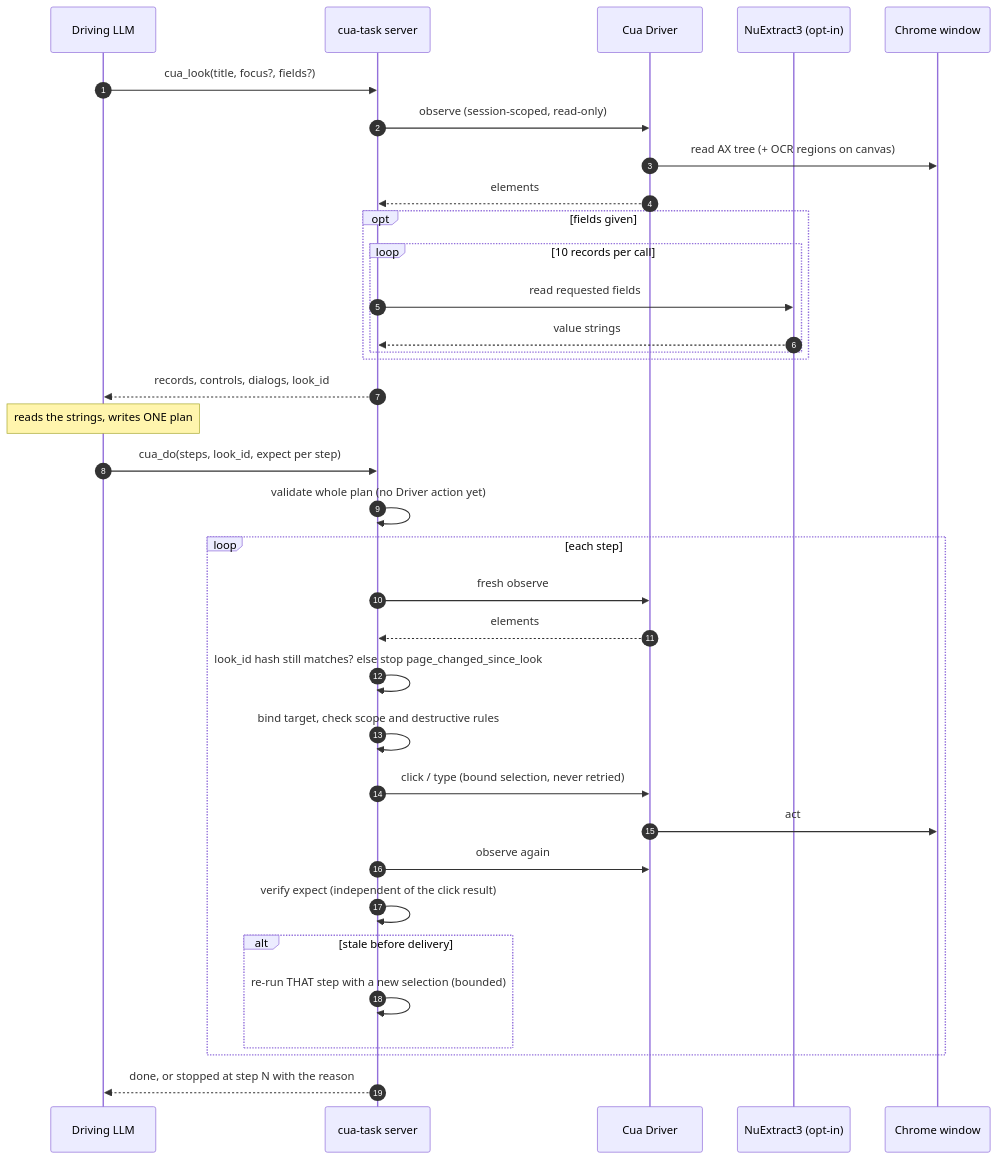
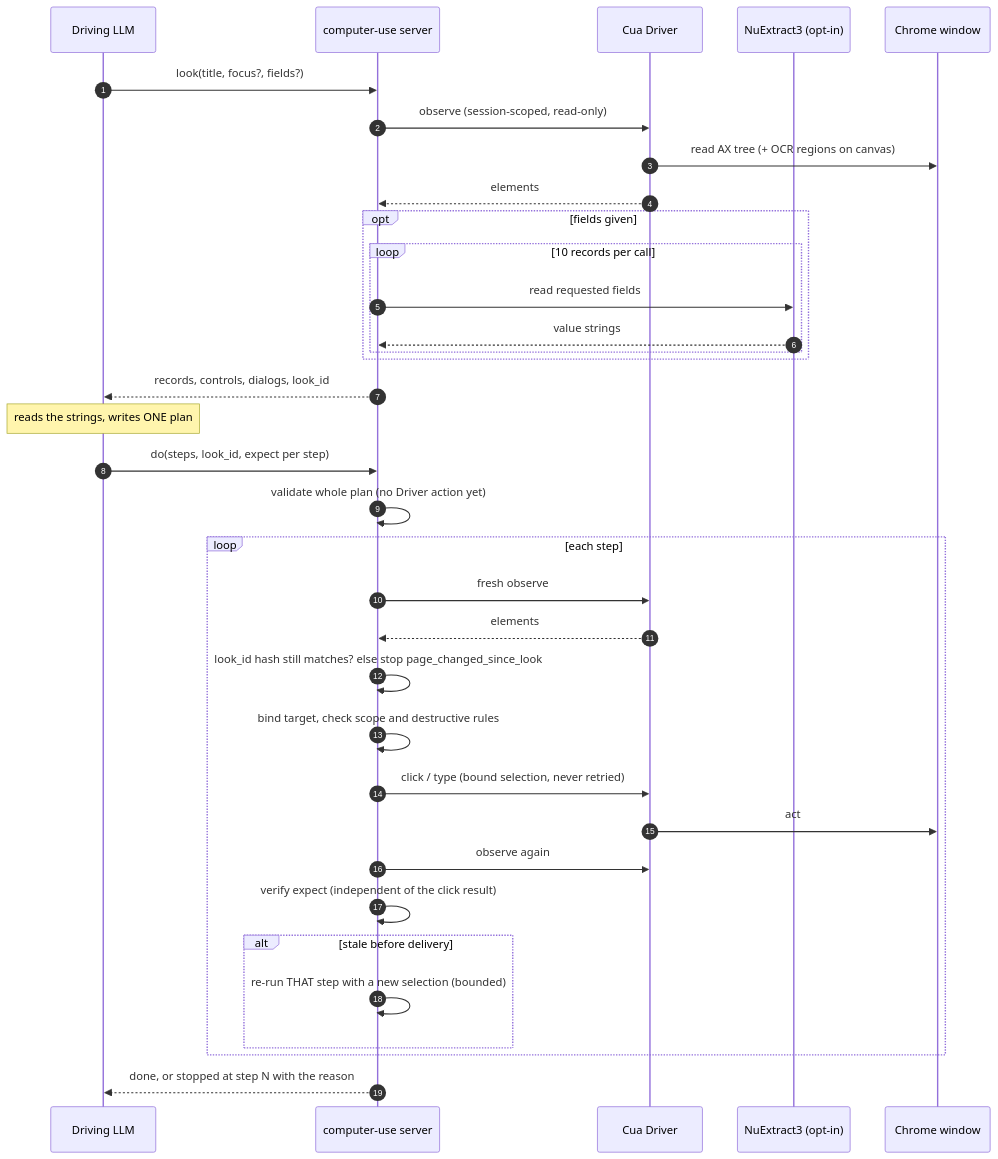
Before and after one commit to open-horizon-labs/computer-use: the diagram in docs/PLAN-B.md, drawn with Mermaid. The commit also changed other lines of this file and 89 other files, not shown here.

Commit message:
feat!: drop the cua_ prefix: tools look/do/..., MCP server computer-use; facade/ -> computer_use/, skill dir -> skills/computer-use (#53)

````diff
--- a/docs/PLAN-B.md
+++ b/docs/PLAN-B.md
@@ -15,40 +15,40 @@
 ```mermaid
 sequenceDiagram
     autonumber
     participant L as Driving LLM
-    participant S as cua-task server
+    participant S as computer-use server
     participant D as Cua Driver
     participant N as NuExtract3 (opt-in)
     participant P as Chrome window
 
-    L->>S: cua_look(title, focus?, fields?)
+    L->>S: look(title, focus?, fields?)
     S->>D: observe (session-scoped, read-only)
     D->>P: read AX tree (+ OCR regions on canvas)
     D-->>S: elements
     opt fields given
         loop 10 records per call
             S->>N: read requested fields
             N-->>S: value strings
         end
     end
     S-->>L: records, controls, dialogs, look_id
 
     Note over L: reads the strings, writes ONE plan
-    L->>S: cua_do(steps, look_id, expect per step)
+    L->>S: do(steps, look_id, expect per step)
     S->>S: validate whole plan (no Driver action yet)
 
     loop each step
         S->>D: fresh observe
         D-->>S: elements
         S->>S: look_id hash still matches? else stop page_changed_since_look
         S->>S: bind target, check scope and destructive rules
         S->>D: click / type (bound selection, never retried)
         D->>P: act
         S->>D: observe again
         S->>S: verify expect (independent of the click result)
         alt stale before delivery
             S->>S: re-run THAT step with a new selection (bounded)
         end
     end
     S-->>L: done, or stopped at step N with the reason
 ```
````
